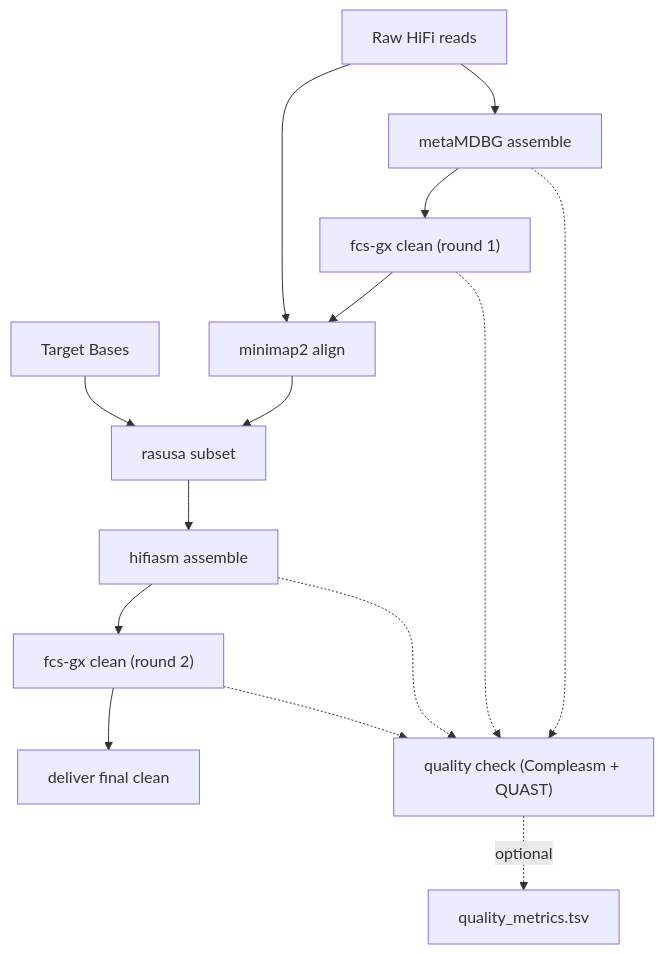
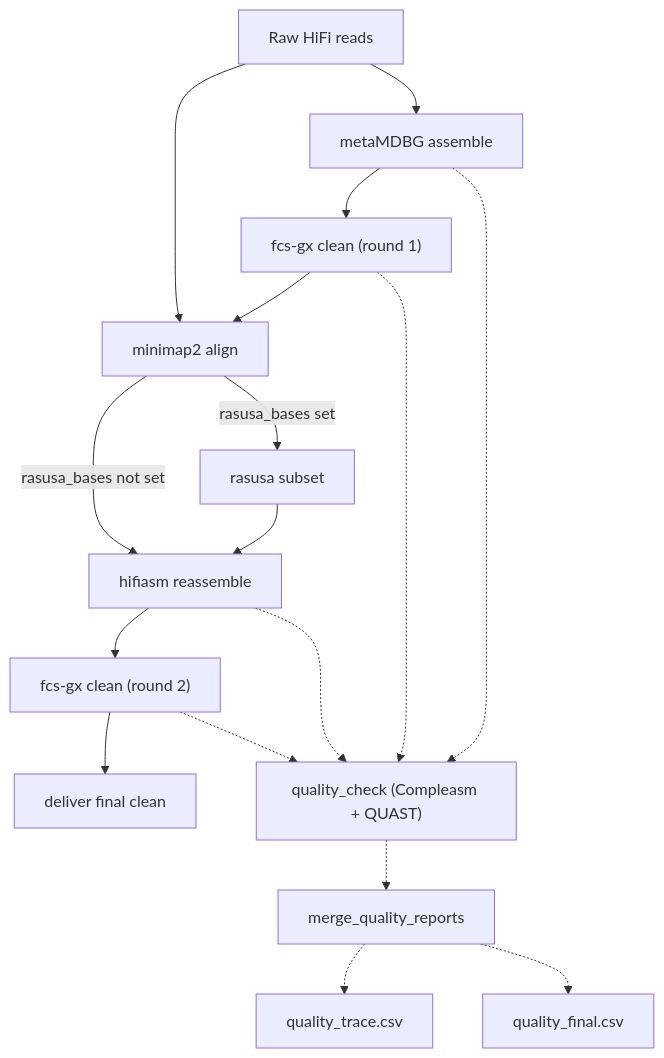
Before and after one commit to Yixuan39/targetasm: the diagram in README.md, drawn with Mermaid. The commit also changed other lines of this file, not shown here.

Commit message:
Update README to clarify rasusa_subset functionality and improve quality_check description

````diff
--- a/README.md
+++ b/README.md
@@ -18,18 +19,21 @@
 ```mermaid
 graph TD
     RAW["Raw HiFi reads"] --> MDBG["metaMDBG assemble"]
     MDBG --> FCS1["fcs-gx clean (round 1)"]
     FCS1 --> MM["minimap2 align"]
     RAW --> MM
-    MM --> RAS["rasusa subset"]
-    TB["Target Bases"] --> RAS
-    RAS --> HIFI["hifiasm assemble"]
+    MM -->|rasusa_bases set| RAS["rasusa subset"]
+    RAS --> HIFI["hifiasm reassemble"]
+    MM -->|rasusa_bases not set| HIFI
     HIFI --> FCS2["fcs-gx clean (round 2)"]
     FCS2 --> DELIVER["deliver final clean"]
-    %% Optional QC fan-in
-    MDBG -.-> QC["quality check (Compleasm + QUAST)"]
+    
+    %% Optional QC branch
+    MDBG -.-> QC["quality_check (Compleasm + QUAST)"]
     FCS1 -.-> QC
     HIFI -.-> QC
     FCS2 -.-> QC
-    QC -. optional .-> REPORT["quality_metrics.tsv"]
+    QC -.-> MERGE["merge_quality_reports"]
+    MERGE -.-> TRACE["quality_trace.csv"]
+    MERGE -.-> FINAL["quality_final.csv"]
 ```
````
